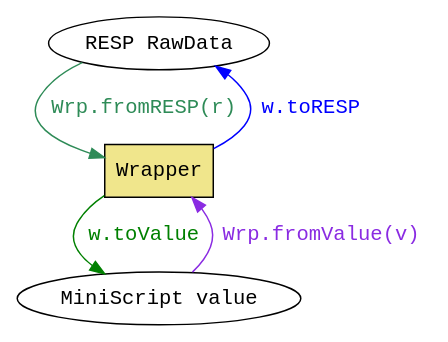
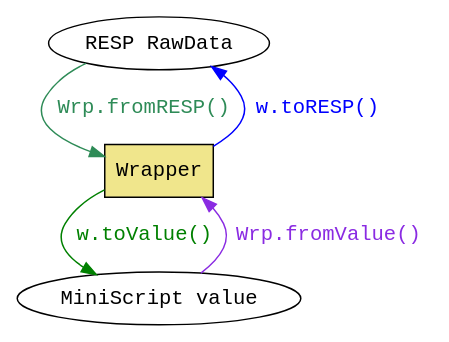
Before and after one commit to marcgurevitx/resp-ms: the diagram in data/wrapi.dot, drawn with Graphviz. The commit also changed 9 other files, not shown here.

```diff
--- a/data/wrapi.dot
+++ b/data/wrapi.dot
@@ -1,15 +1,15 @@
 
 digraph {
 	node [fontname="Monospace"]
 	edge [fontname="Monospace"]
 	
 	RR [label="RESP RawData"]
 	W [label="Wrapper", shape="box", style="filled", fillcolor="khaki"]
 	MS [label="MiniScript value"]
 	
-	RR -> W [label=" Wrp.fromRESP(r) ", color="seagreen", fontcolor="seagreen"]
-	W -> RR [label=" w.toRESP ", color="blue", fontcolor="blue"]
-	W -> MS [label=" w.toValue ", color="green", fontcolor="green"]
-	MS -> W [label=" Wrp.fromValue(v) ", color="blueviolet", fontcolor="blueviolet"]
+	RR -> W [label=" Wrp.fromRESP() ", color="seagreen", fontcolor="seagreen"]
+	W -> RR [label=" w.toRESP() ", color="blue", fontcolor="blue"]
+	W -> MS [label=" w.toValue() ", color="green", fontcolor="green"]
+	MS -> W [label=" Wrp.fromValue() ", color="blueviolet", fontcolor="blueviolet"]
 	
 }
```
